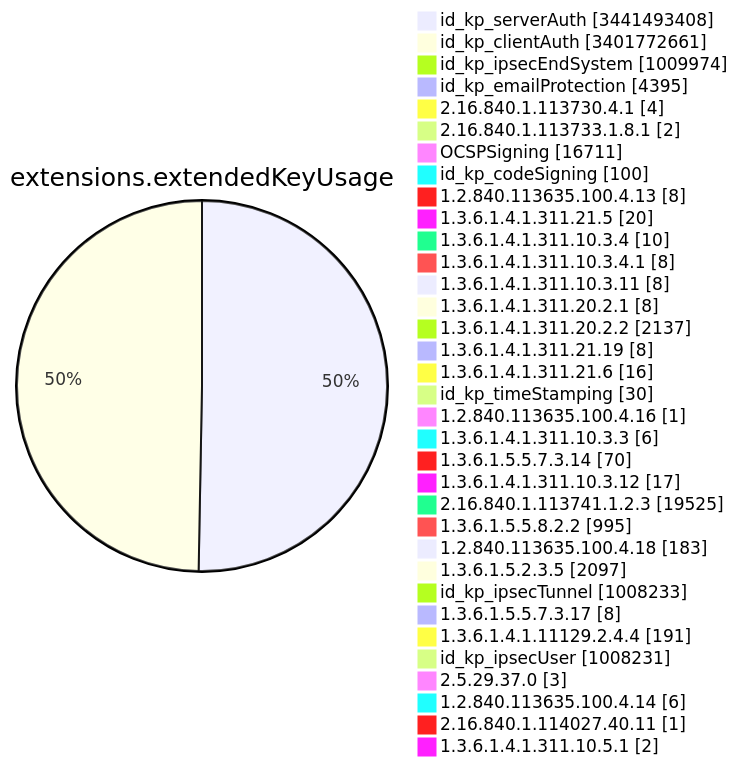
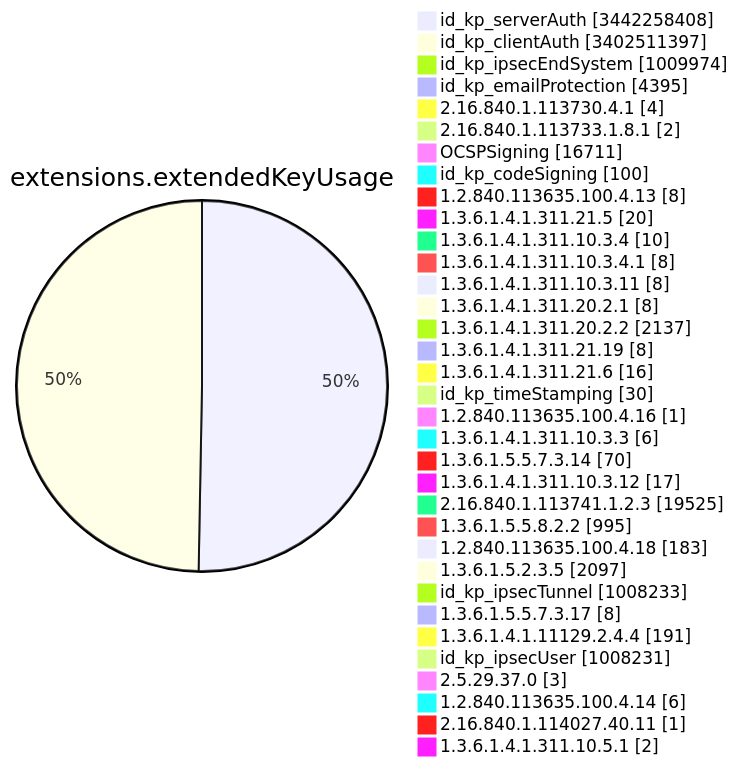
Before and after one commit to christiankrug/ctmonitor_visualization: diagram 11 of 15 in TOTAL/README.md, drawn with Mermaid. The commit also changed other lines of this file, not shown here.

````diff
--- a/TOTAL/README.md
+++ b/TOTAL/README.md
@@ -4123,38 +4123,38 @@
 ```mermaid
 pie showData
 title extensions.extendedKeyUsage
-"id_kp_serverAuth" :3441493408
-"id_kp_clientAuth" :3401772661
+"id_kp_serverAuth" :3442258408
+"id_kp_clientAuth" :3402511397
 "id_kp_ipsecEndSystem" :1009974
 "id_kp_emailProtection" :4395
 "2.16.840.1.113730.4.1" :4
 "2.16.840.1.113733.1.8.1" :2
 "OCSPSigning" :16711
 "id_kp_codeSigning" :100
 "1.2.840.113635.100.4.13" :8
 "1.3.6.1.4.1.311.21.5" :20
 "1.3.6.1.4.1.311.10.3.4" :10
 "1.3.6.1.4.1.311.10.3.4.1" :8
 "1.3.6.1.4.1.311.10.3.11" :8
 "1.3.6.1.4.1.311.20.2.1" :8
 "1.3.6.1.4.1.311.20.2.2" :2137
 "1.3.6.1.4.1.311.21.19" :8
 "1.3.6.1.4.1.311.21.6" :16
 "id_kp_timeStamping" :30
 "1.2.840.113635.100.4.16" :1
 "1.3.6.1.4.1.311.10.3.3" :6
 "1.3.6.1.5.5.7.3.14" :70
 "1.3.6.1.4.1.311.10.3.12" :17
 "2.16.840.1.113741.1.2.3" :19525
 "1.3.6.1.5.5.8.2.2" :995
 "1.2.840.113635.100.4.18" :183
 "1.3.6.1.5.2.3.5" :2097
 "id_kp_ipsecTunnel" :1008233
 "1.3.6.1.5.5.7.3.17" :8
 "1.3.6.1.4.1.11129.2.4.4" :191
 "id_kp_ipsecUser" :1008231
 "2.5.29.37.0" :3
 "1.2.840.113635.100.4.14" :6
 "2.16.840.1.114027.40.11" :1
 "1.3.6.1.4.1.311.10.5.1" :2
 ```
````
